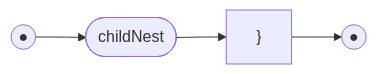
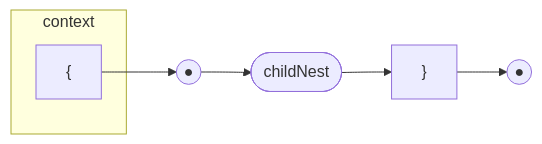
Diagram 45 of 59 in docs/railroad.md (billhails/CEKF), drawn with Mermaid before and after one commit. The commit also changed other lines of this file and 4 other files, not shown here.

````diff
--- a/docs/railroad.md
+++ b/docs/railroad.md
@@ -665,8 +698,11 @@
 ```mermaid
 flowchart LR
 s(("●"))
 e(("●"))
+subgraph context
+lcurly["{"]
+end
 body([childNest]) --> rcurly["}"]
-s --> body
+lcurly --> s --> body
 rcurly --> e
 ```
````
